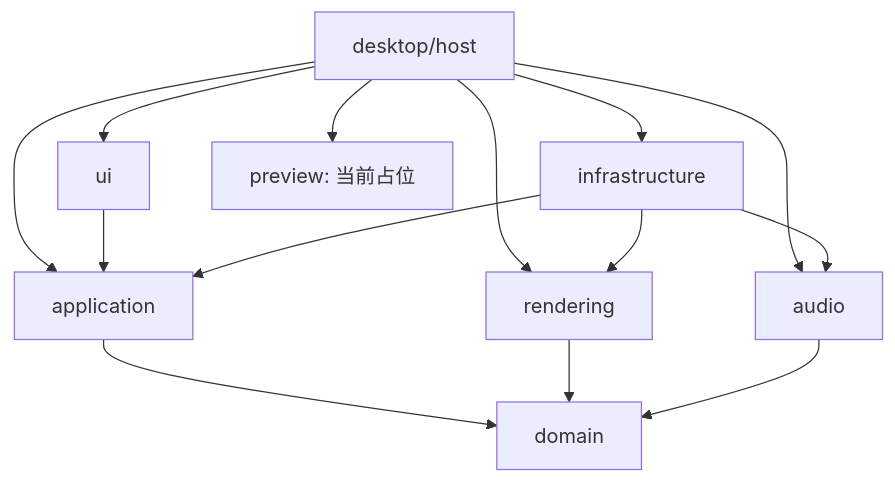
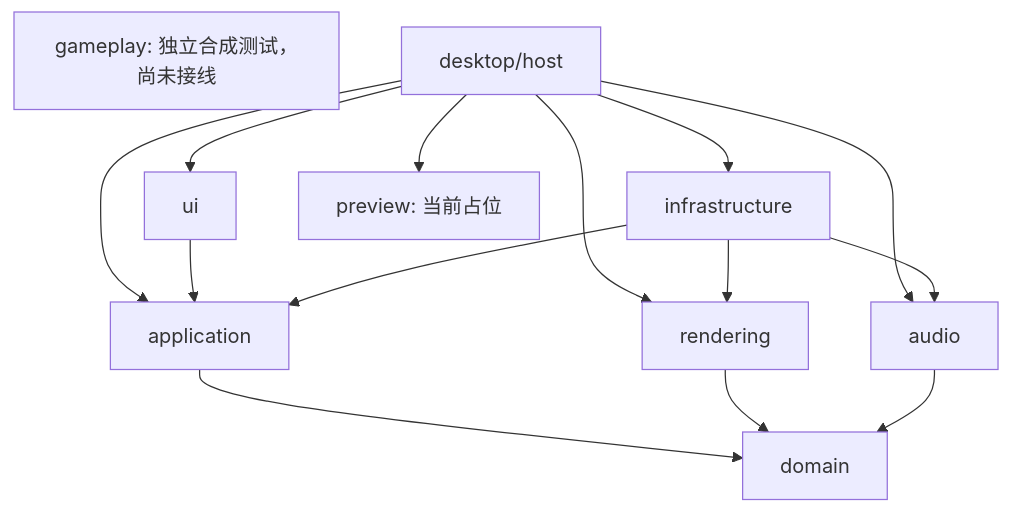
Before and after one commit to sumiyuki727/skin-editor: the diagram in docs/ARCHITECTURE.md, drawn with Mermaid. The commit also changed other lines of this file and 23 other files, not shown here.

````diff
--- a/docs/ARCHITECTURE.md
+++ b/docs/ARCHITECTURE.md
@@ -30,16 +31,17 @@
 ```mermaid
 flowchart TD
+ G[gameplay: 独立合成测试，尚未接线]
  H[desktop/host] --> U[ui]
  H --> I[infrastructure]
  H --> P[preview: 当前占位]
  H --> A[application]
  H --> R[rendering]
  H --> S[audio]
  U --> A
  I --> A
  I --> R
  I --> S
  A --> D[domain]
  R --> D
  S --> D
 ```
````
